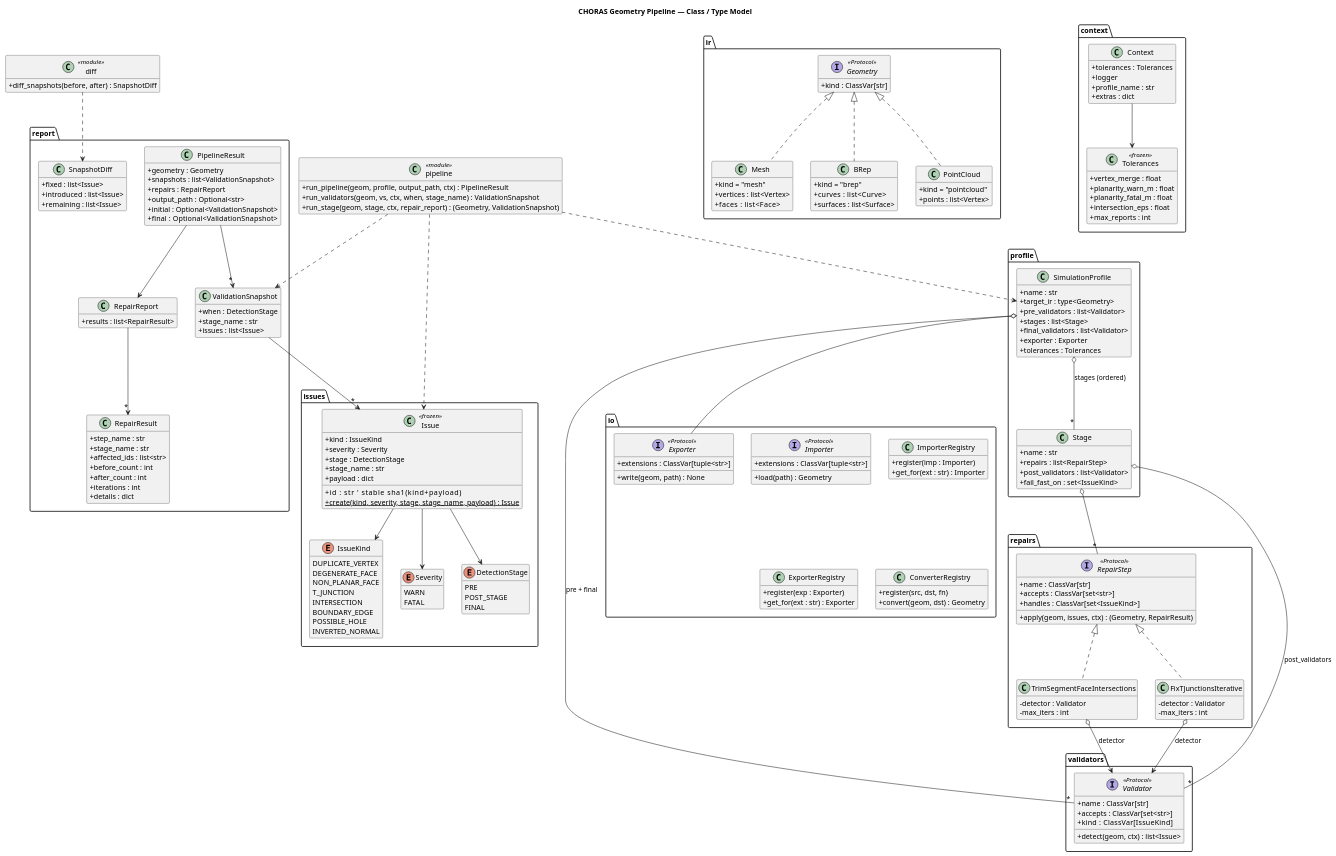
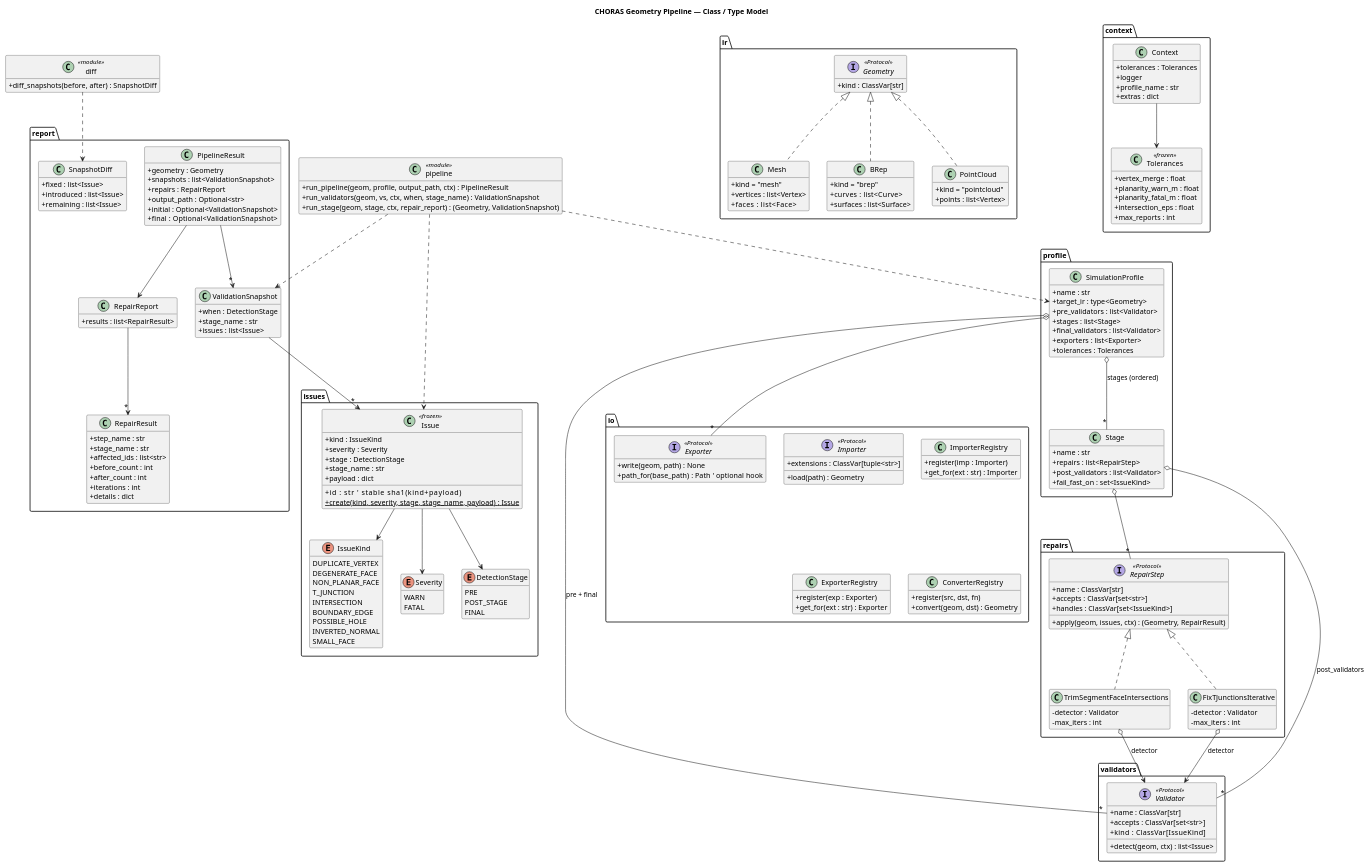
One commit to dhimashary/choras-backend changed the diagram in docs/architecture/diagrams/class.puml. Above: the diagram before and after it, drawn with PlantUML. The commit also changed 3 other files, not shown here.

```diff
--- a/docs/architecture/diagrams/class.puml
+++ b/docs/architecture/diagrams/class.puml
@@ -40,6 +40,7 @@
     BOUNDARY_EDGE
     POSSIBLE_HOLE
     INVERTED_NORMAL
+    SMALL_FACE
   }
   enum Severity {
     WARN
@@ -103,8 +104,8 @@
     +load(path) : Geometry
   }
   interface Exporter <<Protocol>> {
-    +extensions : ClassVar[tuple<str>]
     +write(geom, path) : None
+    +path_for(base_path) : Path  ' optional hook
   }
   class ImporterRegistry {
     +register(imp : Importer)
@@ -134,12 +135,12 @@
     +pre_validators : list<Validator>
     +stages : list<Stage>
     +final_validators : list<Validator>
-    +exporter : Exporter
+    +exporters : list<Exporter>
     +tolerances : Tolerances
   }
   SimulationProfile o-- "*" Stage : stages (ordered)
   SimulationProfile o-- "*" Validator : pre + final
-  SimulationProfile o-- Exporter
+  SimulationProfile o-- "*" Exporter
   Stage             o-- "*" RepairStep
   Stage             o-- "*" Validator : post_validators
 }
```
